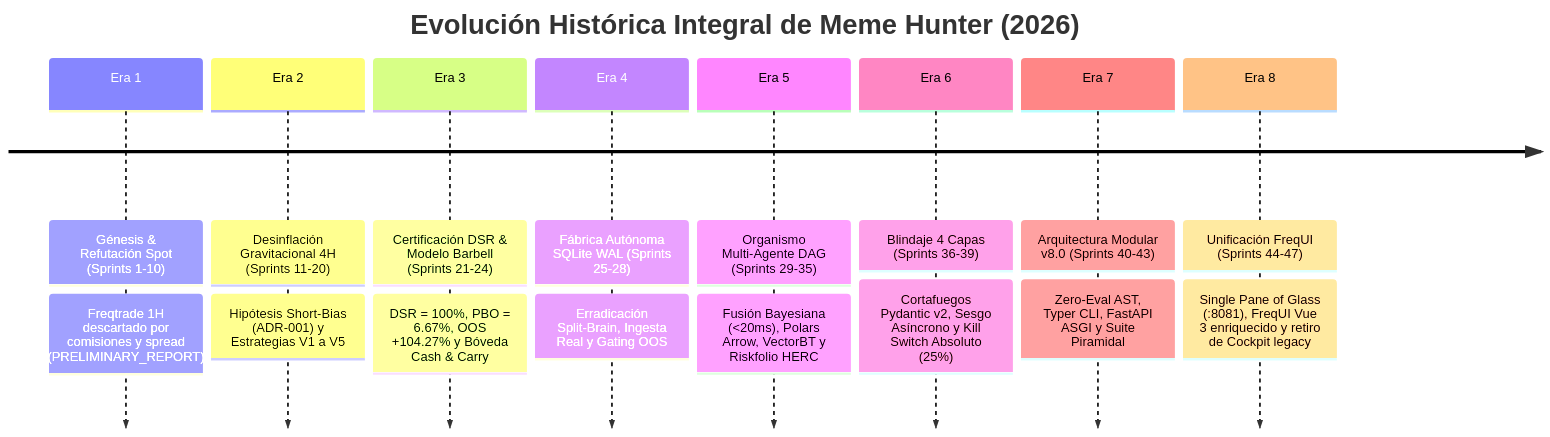
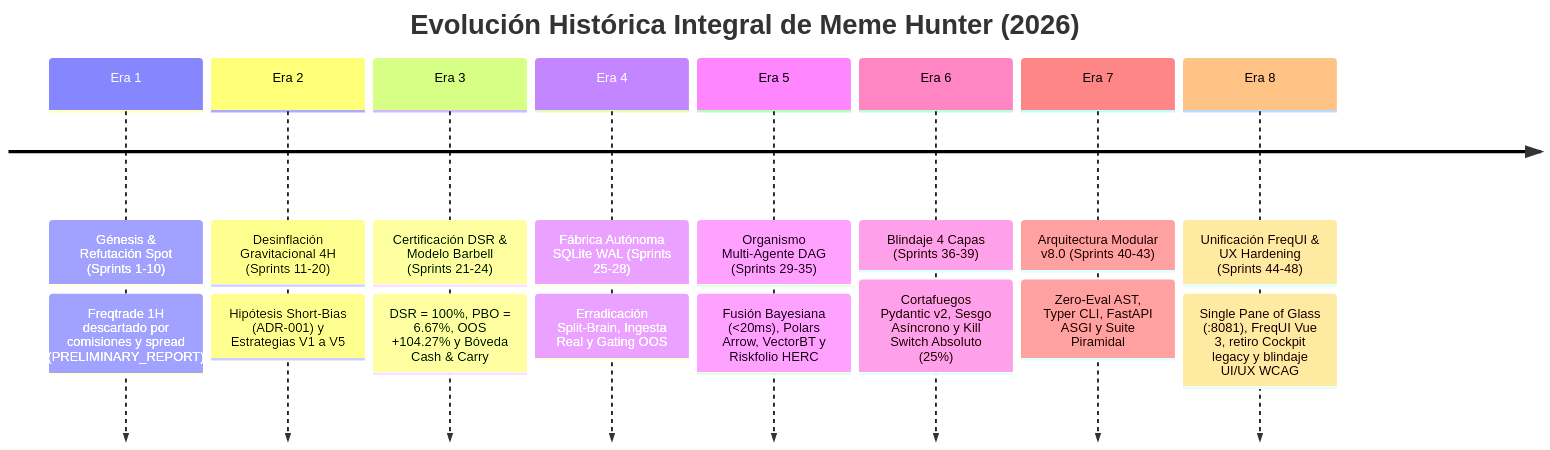
The diagram in docs/history/INDEX_HISTORICO.md (kalebCard/MemeHunter), drawn with Mermaid before and after one commit. The commit also changed other lines of this file and 5 other files, not shown here.

````diff
--- a/docs/history/INDEX_HISTORICO.md
+++ b/docs/history/INDEX_HISTORICO.md
@@ -23,12 +23,12 @@
 ```mermaid
 timeline
     title Evolución Histórica Integral de Meme Hunter (2026)
     Era 1 : Génesis & Refutación Spot (Sprints 1-10) : Freqtrade 1H descartado por comisiones y spread (PRELIMINARY_REPORT)
     Era 2 : Desinflación Gravitacional 4H (Sprints 11-20) : Hipótesis Short-Bias (ADR-001) y Estrategias V1 a V5
     Era 3 : Certificación DSR & Modelo Barbell (Sprints 21-24) : DSR = 100%, PBO = 6.67%, OOS +104.27% y Bóveda Cash & Carry
     Era 4 : Fábrica Autónoma SQLite WAL (Sprints 25-28) : Erradicación Split-Brain, Ingesta Real y Gating OOS
     Era 5 : Organismo Multi-Agente DAG (Sprints 29-35) : Fusión Bayesiana (<20ms), Polars Arrow, VectorBT y Riskfolio HERC
     Era 6 : Blindaje 4 Capas (Sprints 36-39) : Cortafuegos Pydantic v2, Sesgo Asíncrono y Kill Switch Absoluto (25%)
     Era 7 : Arquitectura Modular v8.0 (Sprints 40-43) : Zero-Eval AST, Typer CLI, FastAPI ASGI y Suite Piramidal
-    Era 8 : Unificación FreqUI (Sprints 44-47) : Single Pane of Glass (:8081), FreqUI Vue 3 enriquecido y retiro de Cockpit legacy
+    Era 8 : Unificación FreqUI & UX Hardening (Sprints 44-48) : Single Pane of Glass (:8081), FreqUI Vue 3, retiro Cockpit legacy y blindaje UI/UX WCAG
 ```
````
